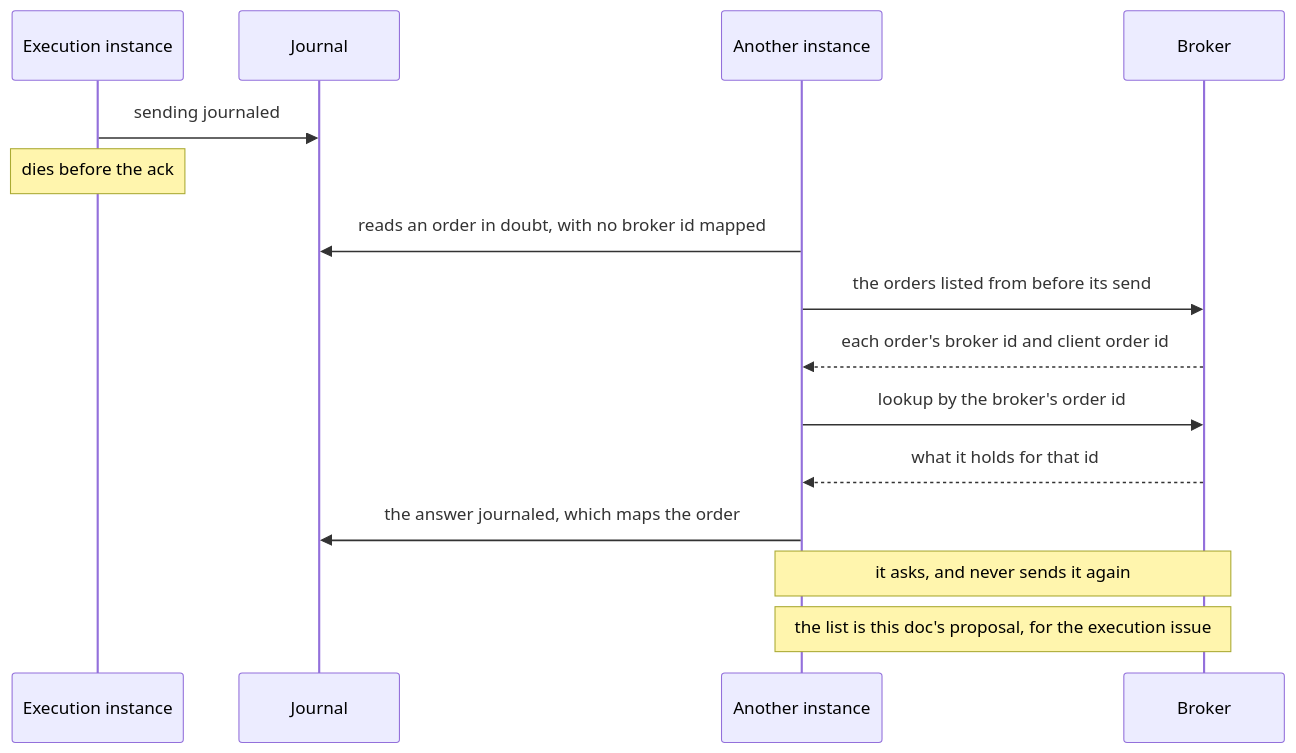
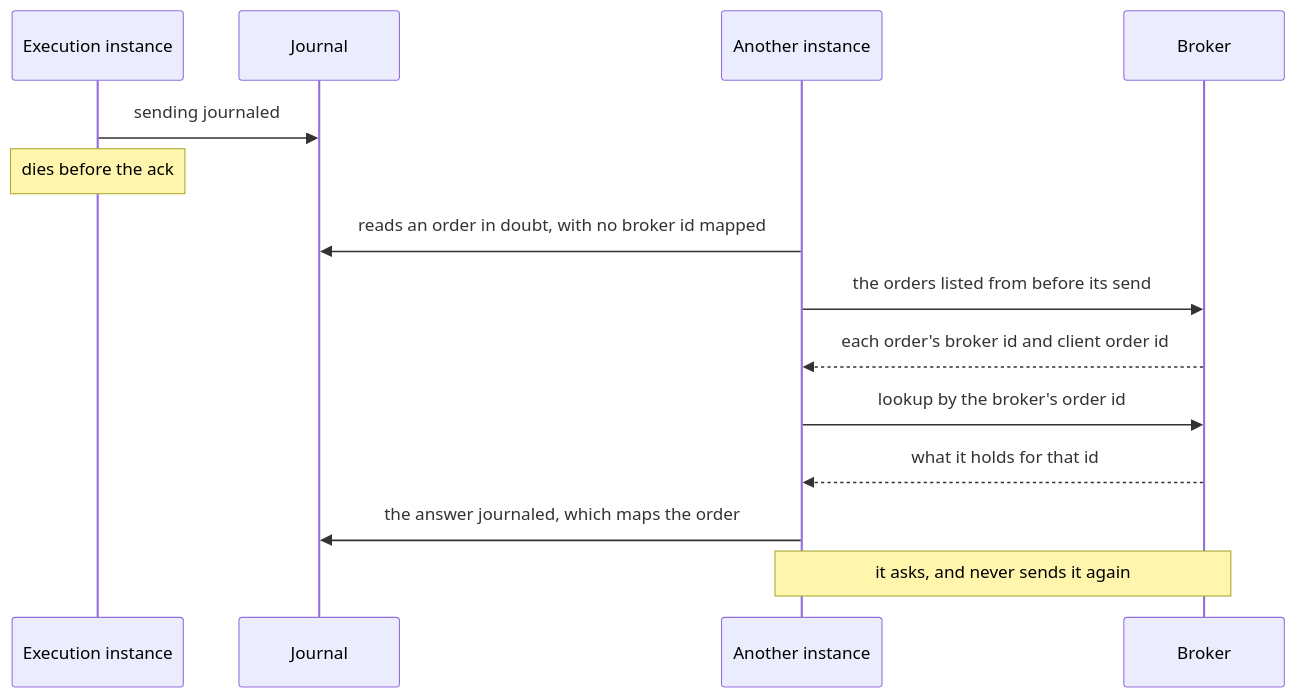
Before and after one commit to l3a0/ithildin-runtime: diagram 20 of 34 in docs/architecture.md, drawn with Mermaid. The commit also changed other lines of this file and 2 other files, not shown here.

First line of the commit message:
docs: rule the order list as how Alpaca's adapter pairs

````diff
--- a/docs/architecture.md
+++ b/docs/architecture.md
@@ -1148,17 +1148,16 @@
 ```mermaid
 sequenceDiagram
     participant X1 as Execution instance
     participant J as Journal
     participant X2 as Another instance
     participant B as Broker
     X1->>J: sending journaled
     Note over X1: dies before the ack
     X2->>J: reads an order in doubt, with no broker id mapped
     X2->>B: the orders listed from before its send
     B-->>X2: each order's broker id and client order id
     X2->>B: lookup by the broker's order id
     B-->>X2: what it holds for that id
     X2->>J: the answer journaled, which maps the order
     Note over X2,B: it asks, and never sends it again
-    Note over X2,B: the list is this doc's proposal, for the execution issue
 ```
````
